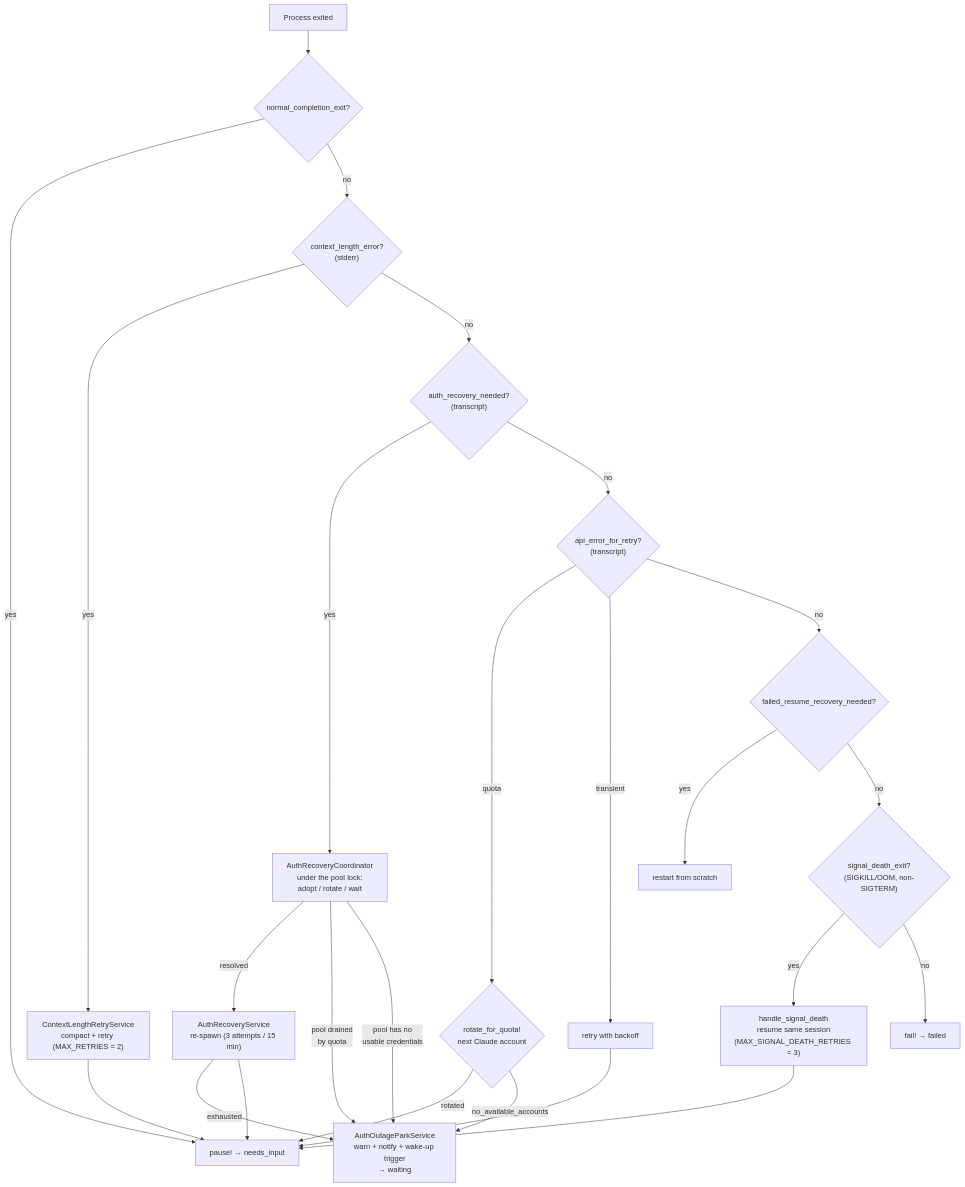
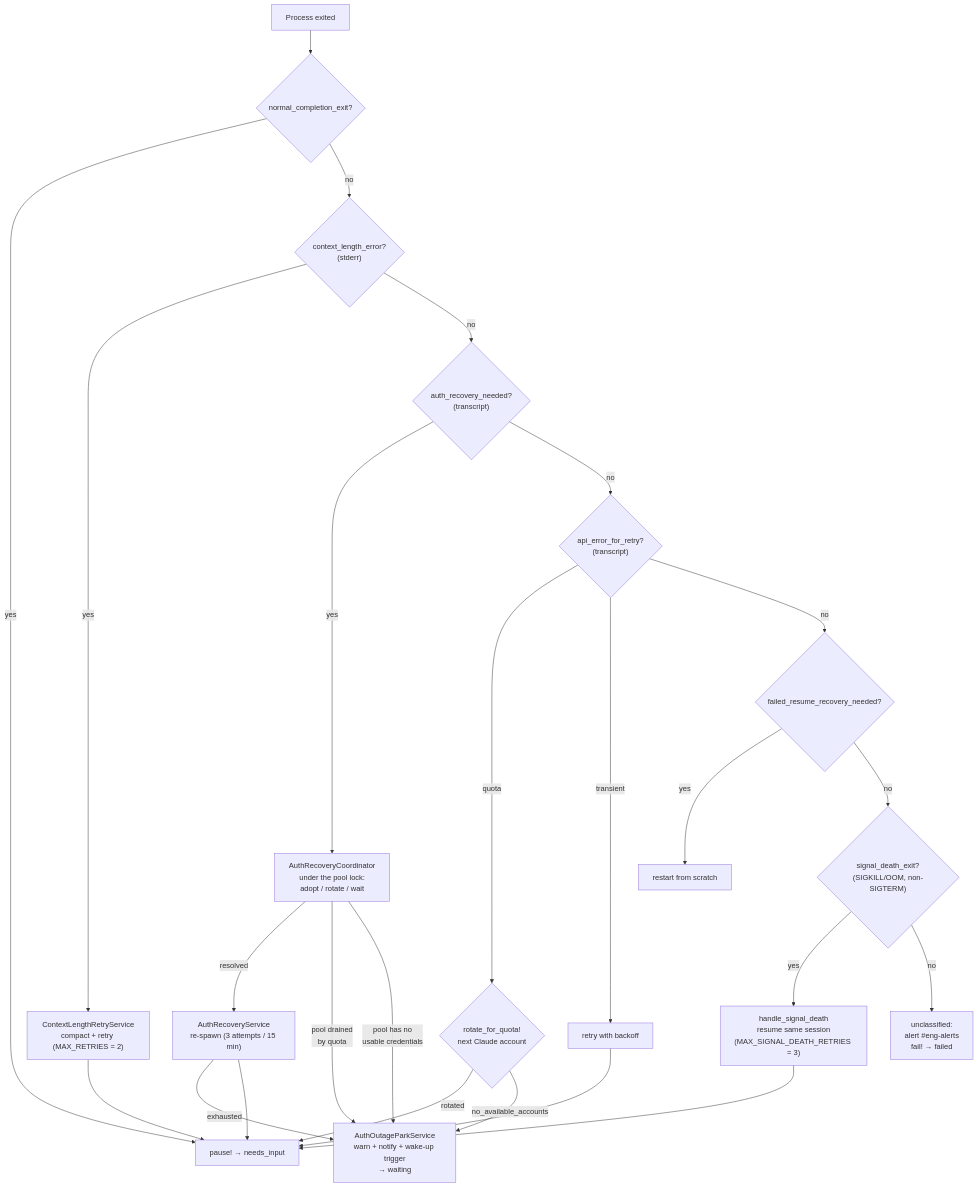
The diagram in docs/src/content/docs/sessions/spawning.md (tadasant/zimmer), drawn with Mermaid before and after one commit. The commit also changed other lines of this file and 15 other files, not shown here.

````diff
--- a/docs/src/content/docs/sessions/spawning.md
+++ b/docs/src/content/docs/sessions/spawning.md
@@ -152,27 +152,27 @@
 ```mermaid
 flowchart TD
     E["Process exited"] --> N{"normal_completion_exit?"}
     N -->|yes| P["pause! → needs_input"]
     N -->|no| C{"context_length_error?<br/>(stderr)"}
     C -->|yes| CR["ContextLengthRetryService<br/>compact + retry (MAX_RETRIES = 2)"]
     C -->|no| A{"auth_recovery_needed?<br/>(transcript)"}
     A -->|yes| AC["AuthRecoveryCoordinator<br/>under the pool lock:<br/>adopt / rotate / wait"]
     AC -->|resolved| AR["AuthRecoveryService<br/>re-spawn (3 attempts / 15 min)"]
     AC -->|"pool drained<br/>by quota"| PARK["AuthOutageParkService<br/>warn + notify + wake-up trigger<br/>→ waiting"]
     AC -->|"pool has no<br/>usable credentials"| PARK
     AR -->|exhausted| PARK
     A -->|no| Q{"api_error_for_retry?<br/>(transcript)"}
     Q -->|quota| RO{"rotate_for_quota!<br/>next Claude account"}
     RO -->|rotated| P
     RO -->|no_available_accounts| PARK
     Q -->|transient| RT["retry with backoff"]
     Q -->|no| F{"failed_resume_recovery_needed?"}
     F -->|yes| FR["restart from scratch"]
     F -->|no| SD{"signal_death_exit?<br/>(SIGKILL/OOM, non-SIGTERM)"}
     SD -->|yes| SDR["handle_signal_death<br/>resume same session<br/>(MAX_SIGNAL_DEATH_RETRIES = 3)"]
-    SD -->|no| FAIL["fail! → failed"]
+    SD -->|no| FAIL["unclassified:<br/>alert #eng-alerts<br/>fail! → failed"]
     CR --> P
     AR --> P
     RT --> P
     SDR --> P
 ```
````
